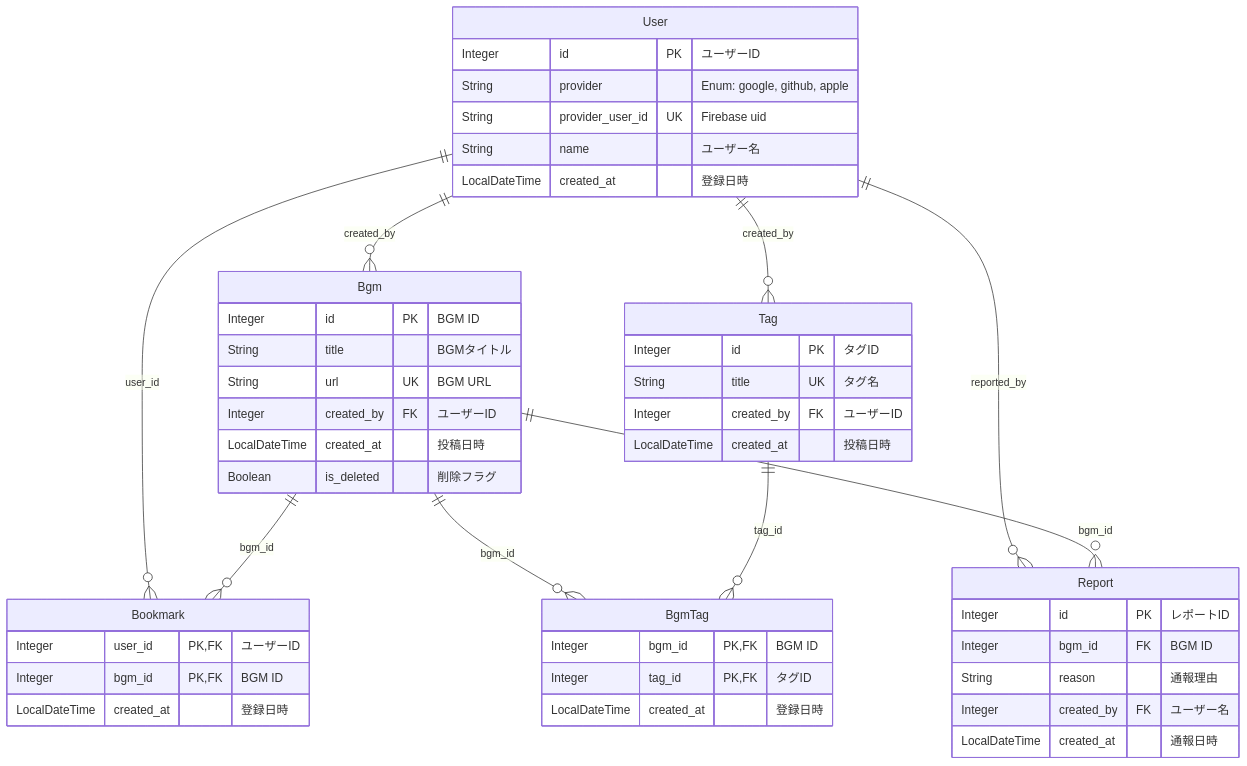
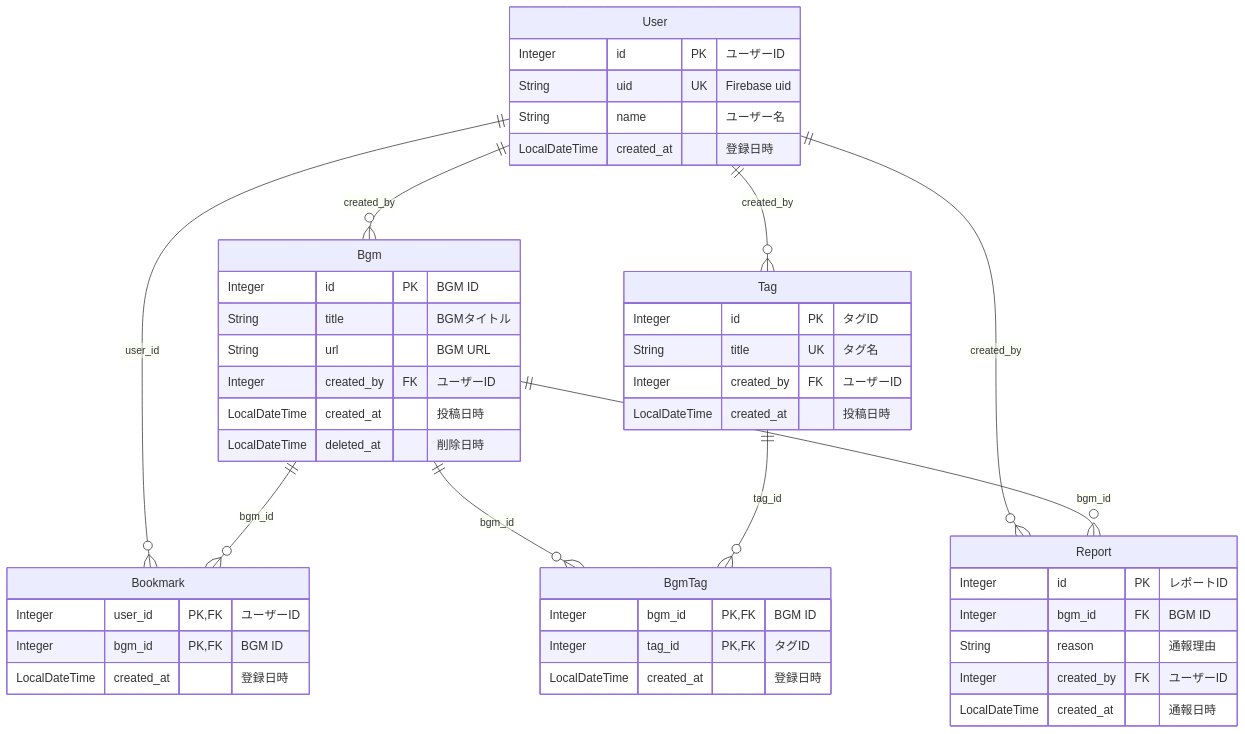
The diagram in docs/er.md (kagomen/bgm-api-springboot), drawn with Mermaid before and after one commit. The commit also changed other lines of this file and 5 other files, not shown here.

````diff
--- a/docs/er.md
+++ b/docs/er.md
@@ -3,56 +5,55 @@
 ```mermaid
 erDiagram
 
 User {
 Integer id PK "ユーザーID"
-String provider "Enum: google, github, apple"
-String provider_user_id UK "Firebase uid"
+String uid UK "Firebase uid"
 String name "ユーザー名"
 LocalDateTime created_at "登録日時"
 }
 
 Bgm {
 Integer id PK "BGM ID"
 String title "BGMタイトル"
-String url UK "BGM URL"
+String url "BGM URL"
 Integer created_by FK "ユーザーID"
 LocalDateTime created_at "投稿日時"
-Boolean is_deleted "削除フラグ"
+LocalDateTime deleted_at "削除日時"
 }
 
 Bookmark {
 Integer user_id PK,FK "ユーザーID"
 Integer bgm_id PK,FK "BGM ID"
 LocalDateTime created_at "登録日時"
 }
 
 Tag {
 Integer id PK "タグID"
 String title UK "タグ名"
 Integer created_by FK "ユーザーID"
 LocalDateTime created_at "投稿日時"
 }
 
 BgmTag {
 Integer bgm_id PK,FK "BGM ID"
 Integer tag_id PK,FK "タグID"
 LocalDateTime created_at "登録日時"
 }
 
 Report {
 Integer id PK "レポートID"
 Integer bgm_id FK "BGM ID"
 String reason "通報理由"
-Integer created_by FK "ユーザー名"
+Integer created_by FK "ユーザーID"
 LocalDateTime created_at "通報日時"
 }
 
 User ||--o{ Bgm : created_by
 User ||--o{ Bookmark : user_id
 User ||--o{ Tag : created_by
-User ||--o{ Report : reported_by
+User ||--o{ Report : created_by
 Bgm ||--o{ Bookmark : bgm_id
 Bgm ||--o{ BgmTag : bgm_id
 Bgm ||--o{ Report : bgm_id
 Tag ||--o{ BgmTag : tag_id
 ```
````
